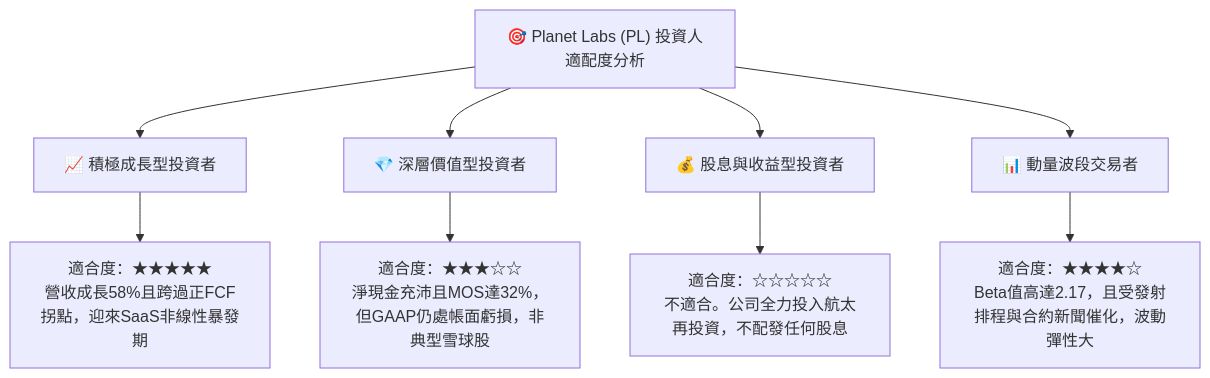
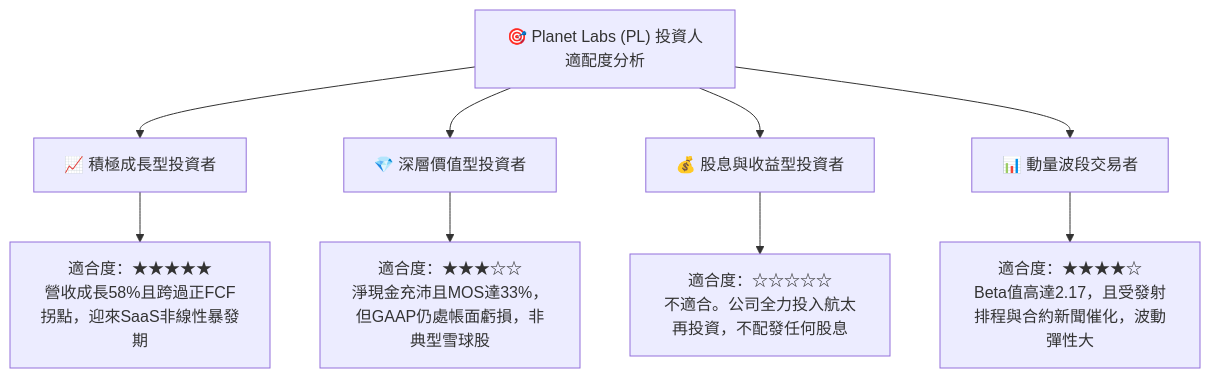
Before and after one commit to yennanliu/finance_data: diagram 15 of 15 in ai_gen_report/fundamental/pl/fundamental_analysis_2026-10-15_gemini.md, drawn with Mermaid. The commit also changed other lines of this file and 339 other files, not shown here.

````diff
--- a/ai_gen_report/fundamental/pl/fundamental_analysis_2026-10-15_gemini.md
+++ b/ai_gen_report/fundamental/pl/fundamental_analysis_2026-10-15_gemini.md
@@ -1091,14 +1106,14 @@
 ```mermaid
 graph TD
     INV["🎯 Planet Labs (PL) 投資人適配度分析"]
 
     INV --> G["📈 積極成長型投資者"]
     INV --> V["💎 深層價值型投資者"]
     INV --> D["💰 股息與收益型投資者"]
     INV --> T["📊 動量波段交易者"]
 
     G --> G1["適合度：★★★★★<br/>營收成長58%且跨過正FCF拐點，迎來SaaS非線性暴發期"]
-    V --> V1["適合度：★★★☆☆<br/>淨現金充沛且MOS達32%，但GAAP仍處帳面虧損，非典型雪球股"]
+    V --> V1["適合度：★★★☆☆<br/>淨現金充沛且MOS達33%，但GAAP仍處帳面虧損，非典型雪球股"]
     D --> D1["適合度：☆☆☆☆☆<br/>不適合。公司全力投入航太再投資，不配發任何股息"]
     T --> T1["適合度：★★★★☆<br/>Beta值高達2.17，且受發射排程與合約新聞催化，波動彈性大"]
 ```
````
